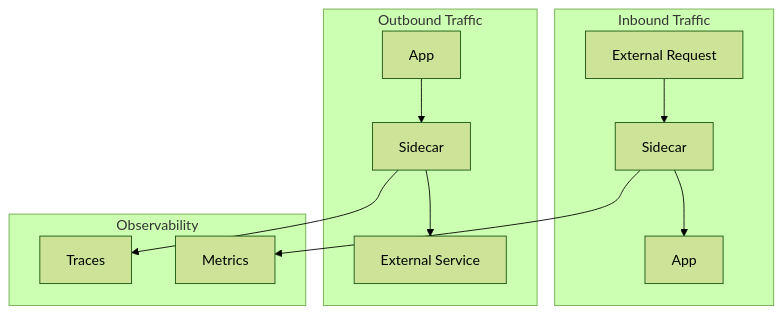
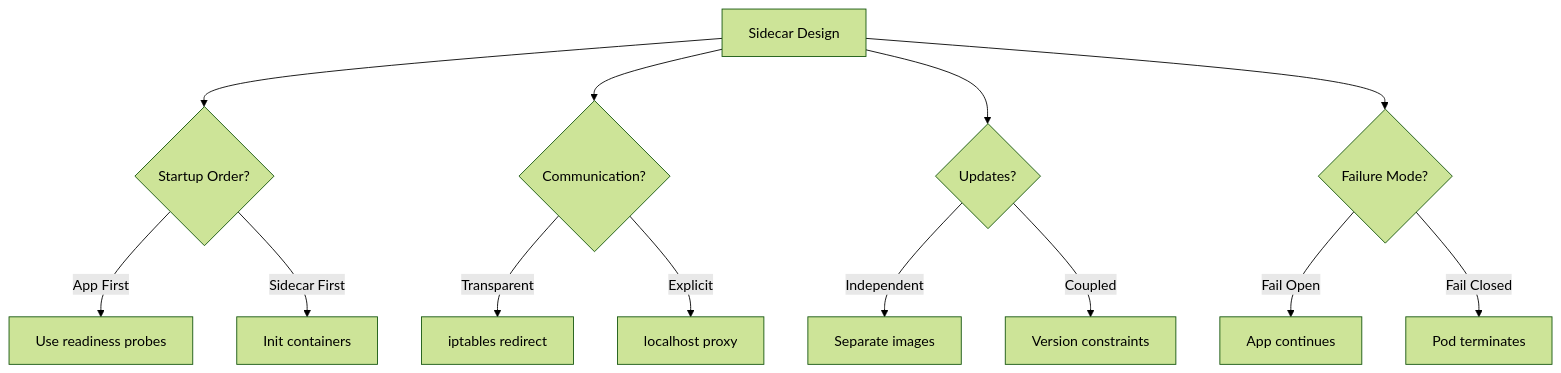
One commit to deepaucksharma/DStudio changed the fourth of 5 diagrams in docs/pattern-library/architecture/sidecar.md. Above: the diagram before and after it, drawn with Mermaid (forest theme). The commit also changed other lines of this file and 64 other files, not shown here.

````diff
--- a/docs/pattern-library/architecture/sidecar.md
+++ b/docs/pattern-library/architecture/sidecar.md
@@ -149,17 +229,18 @@
 ```mermaid
 graph TD
-    subgraph "Inbound Traffic"
-        I[External Request] --> S1[Sidecar]
-        S1 --> A1[App]
-    end
+    A[Sidecar Design] --> B{Startup Order?}
+    B -->|App First| C[Use readiness probes]
+    B -->|Sidecar First| D[Init containers]
     
-    subgraph "Outbound Traffic"
-        A2[App] --> S2[Sidecar]
-        S2 --> O[External Service]
-    end
+    A --> E{Communication?}
+    E -->|Transparent| F[iptables redirect]
+    E -->|Explicit| G[localhost proxy]
     
-    subgraph "Observability"
-        S1 --> M[Metrics]
-        S2 --> T[Traces]
-    end
+    A --> H{Updates?}
+    H -->|Independent| I[Separate images]
+    H -->|Coupled| J[Version constraints]
+    
+    A --> K{Failure Mode?}
+    K -->|Fail Open| L[App continues]
+    K -->|Fail Closed| M[Pod terminates]
 ```
````
